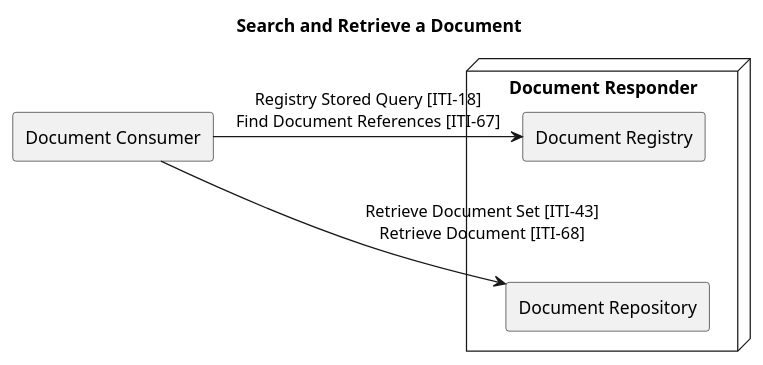
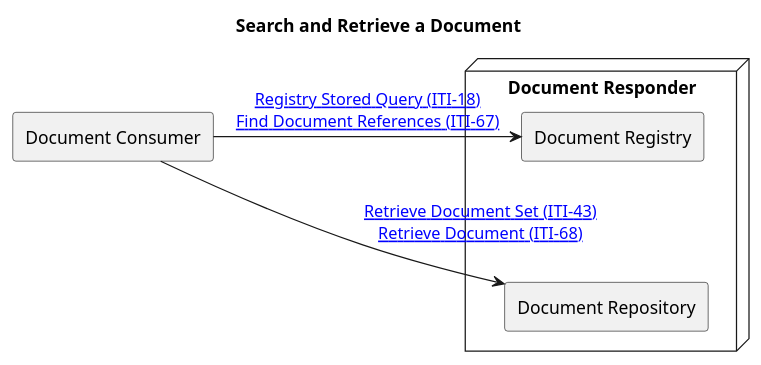
One commit to nw-gmsa/nw-gmsa.github.com changed the diagram in input/images-source/ITI-67.plantuml. Above: the diagram before and after it, drawn with PlantUML. The commit also changed 2 other files, not shown here.

Commit message:
Document Feed documentation

```diff
--- a/input/images-source/ITI-67.plantuml
+++ b/input/images-source/ITI-67.plantuml
@@ -1,16 +1,16 @@
 @startuml
 
 title "Search and Retrieve a Document"
 
 agent "Document Consumer" as Consumer
 
 node "Document Responder" {
 agent "Document Registry" as Registry
 agent "Document Repository" as Repository
 Registry -d[hidden]- Repository
 }
 
-Consumer -r-> Registry: Registry Stored Query [ITI-18]\nFind Document References [ITI-67]
-Consumer -r-> Repository: Retrieve Document Set [ITI-43]\nRetrieve Document [ITI-68]
+Consumer -r-> Registry: [[https://profiles.ihe.net/ITI/TF/Volume2/ITI-18.html Registry Stored Query (ITI-18)]]\n[[https://profiles.ihe.net/ITI/MHD/ITI-67.html Find Document References (ITI-67)]]
+Consumer -r-> Repository: [[https://profiles.ihe.net/ITI/TF/Volume2/ITI-43.html Retrieve Document Set (ITI-43)]]\n[[https://profiles.ihe.net/ITI/MHD/ITI-68.html Retrieve Document (ITI-68)]]
 
 @enduml
```
